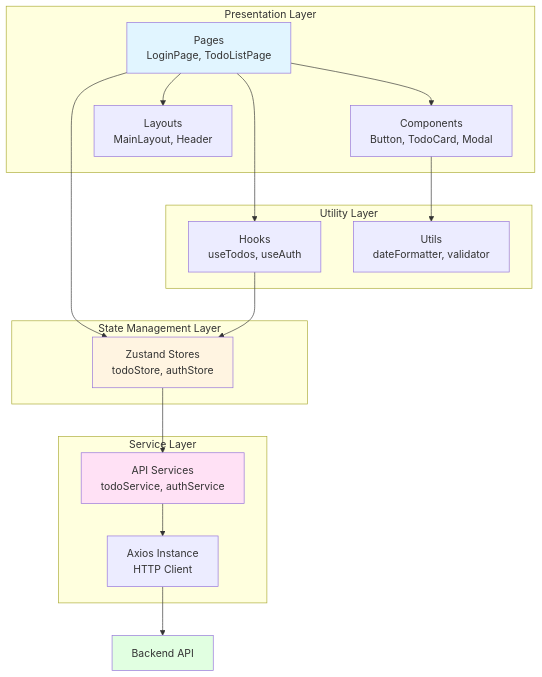
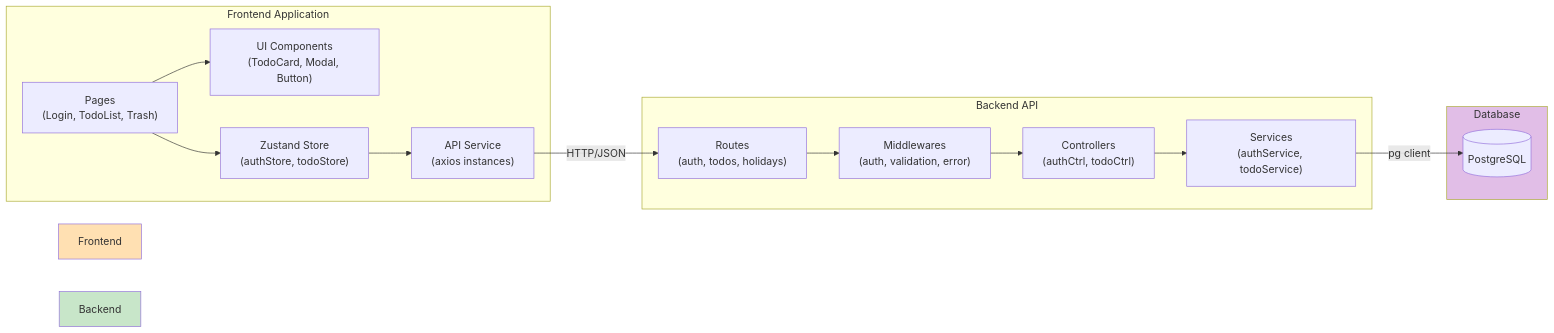
The second of 7 diagrams in docs/5-arch-diagram.md (zecool/pkt-todolist), drawn with Mermaid before and after one commit. The commit also changed other lines of this file and 91 other files, not shown here.

````diff
--- a/docs/5-arch-diagram.md
+++ b/docs/5-arch-diagram.md
@@ -88,38 +98,35 @@
 ```mermaid
-graph TB
-    subgraph "Presentation Layer"
-        A[Pages<br/>LoginPage, TodoListPage]
-        B[Components<br/>Button, TodoCard, Modal]
-        C[Layouts<br/>MainLayout, Header]
+graph LR
+    subgraph "Frontend Application"
+        UI["UI Components<br/>(TodoCard, Modal, Button)"]
+        Pages["Pages<br/>(Login, TodoList, Trash)"]
+        Store["Zustand Store<br/>(authStore, todoStore)"]
+        API["API Service<br/>(axios instances)"]
+
+        Pages --> UI
+        Pages --> Store
+        Store --> API
     end
 
-    subgraph "State Management Layer"
-        D[Zustand Stores<br/>todoStore, authStore]
+    subgraph "Backend API"
+        Routes["Routes<br/>(auth, todos, holidays)"]
+        MW["Middlewares<br/>(auth, validation, error)"]
+        Ctrl["Controllers<br/>(authCtrl, todoCtrl)"]
+        Svc["Services<br/>(authService, todoService)"]
+
+        Routes --> MW
+        MW --> Ctrl
+        Ctrl --> Svc
     end
 
-    subgraph "Service Layer"
-        E[API Services<br/>todoService, authService]
-        F[Axios Instance<br/>HTTP Client]
+    subgraph "Database"
+        DB[(PostgreSQL)]
     end
 
-    subgraph "Utility Layer"
-        G[Hooks<br/>useTodos, useAuth]
-        H[Utils<br/>dateFormatter, validator]
-    end
+    API -->|HTTP/JSON| Routes
+    Svc -->|pg client| DB
 
-    A --> B
-    A --> C
-    A --> D
-    A --> G
-    B --> H
-    D --> E
-    E --> F
-    G --> D
-
-    F --> I[Backend API]
-
-    style A fill:#e1f5ff
-    style D fill:#fff4e1
-    style E fill:#ffe1f5
-    style I fill:#e1ffe1
+    style Frontend fill:#FFE0B2
+    style Backend fill:#C8E6C9
+    style Database fill:#E1BEE7
 ```
````
